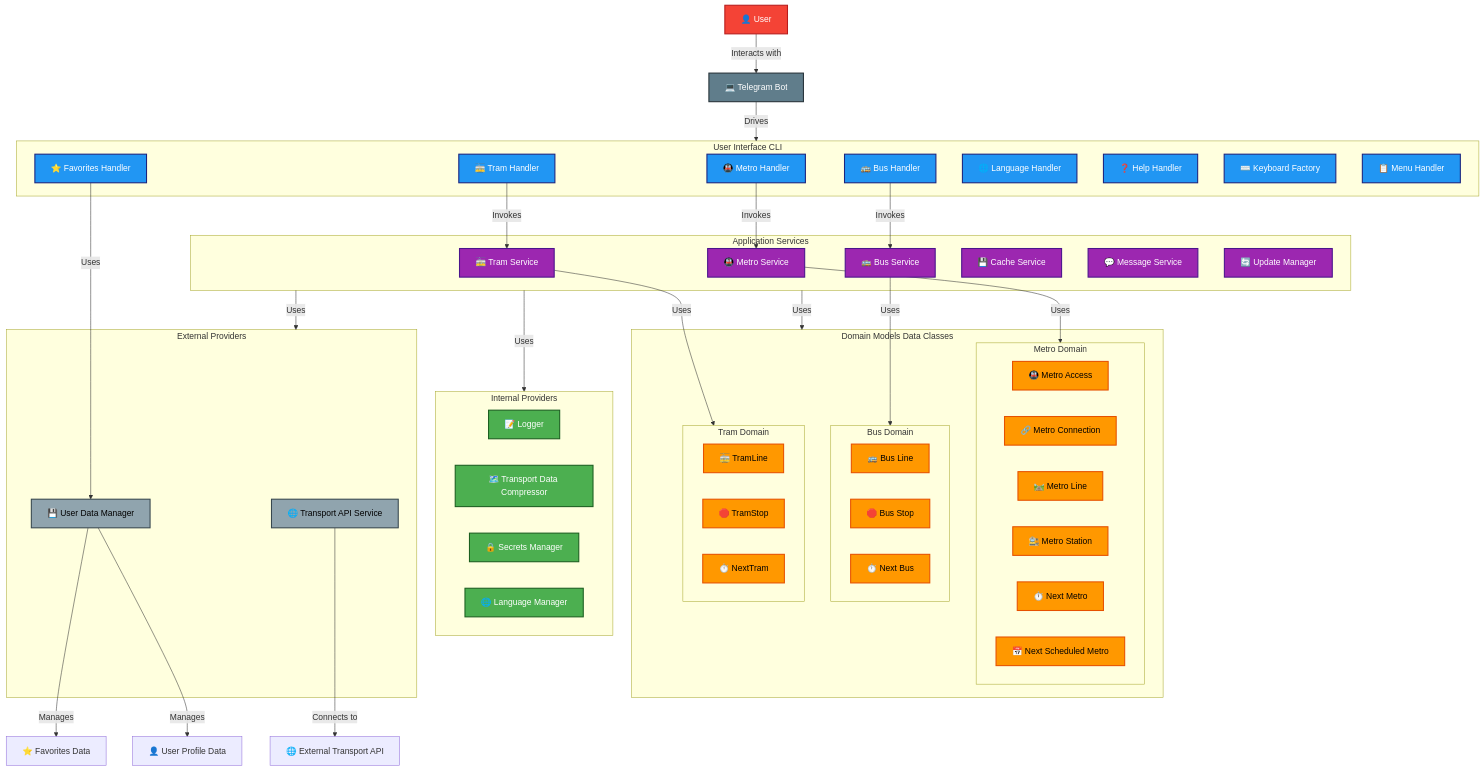
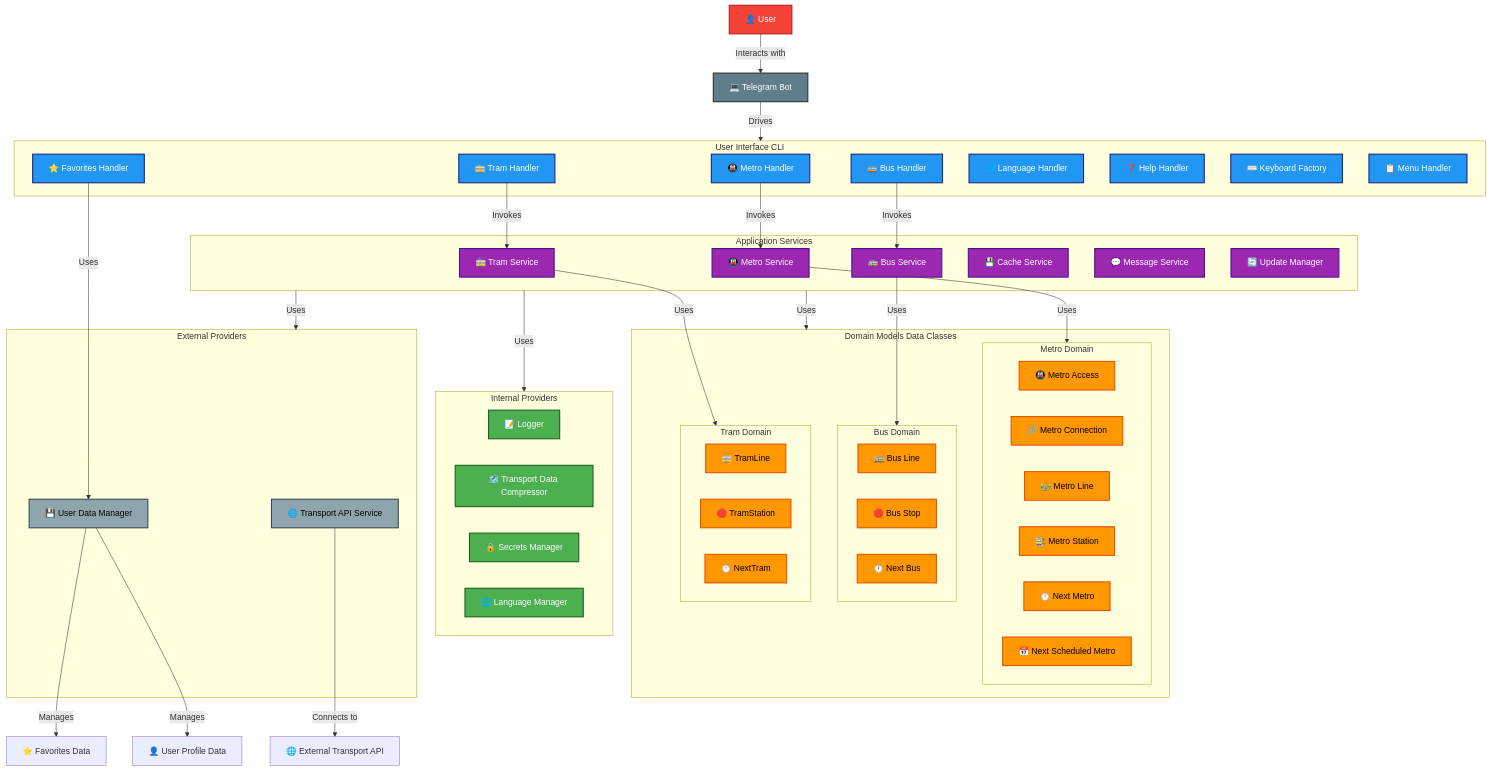
The diagram in README.md (mg-diego/BCN-Transit-Bot), drawn with Mermaid before and after one commit. The commit also changed 10 other files, not shown here.

Commit message:
Adapt tram to Station dataclass

```diff
--- a/README.md
+++ b/README.md
@@ -111,7 +111,7 @@
         end
         subgraph Tram["Tram Domain"]
             TL["🚋 TramLine"]
-            TSN["🛑 TramStop"]
+            TSN["🛑 TramStation"]
             NT["⏱️ NextTram"]
         end
     end
```
